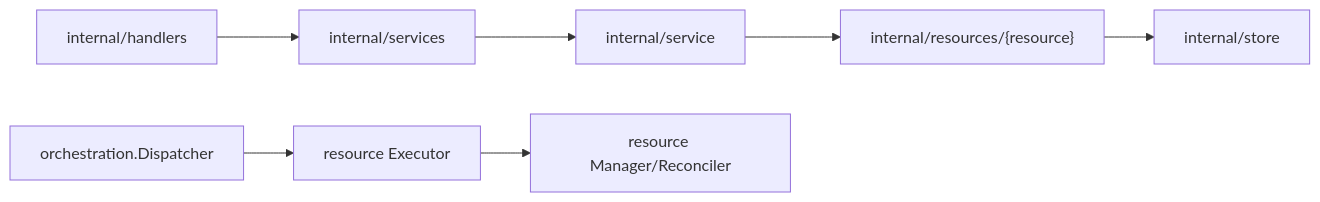
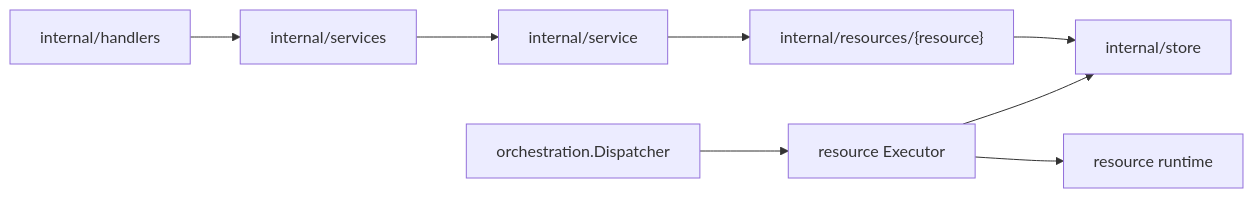
The diagram in server/internal/resources/DESIGN.md (discobox-ai/discobox), drawn with Mermaid before and after one commit. The commit also changed other lines of this file and 50 other files, not shown here.

````diff
--- a/server/internal/resources/DESIGN.md
+++ b/server/internal/resources/DESIGN.md
@@ -9,9 +9,10 @@
 ```mermaid
 flowchart LR
     handlers[internal/handlers] --> contracts[internal/services]
     contracts --> service[internal/service]
     service --> resources["internal/resources/{resource}"]
     dispatcher[orchestration.Dispatcher] --> executor[resource Executor]
-    executor --> manager[resource Manager/Reconciler]
+    executor --> store[internal/store]
+    executor --> runtime[resource runtime]
     resources --> store[internal/store]
 ```
````
